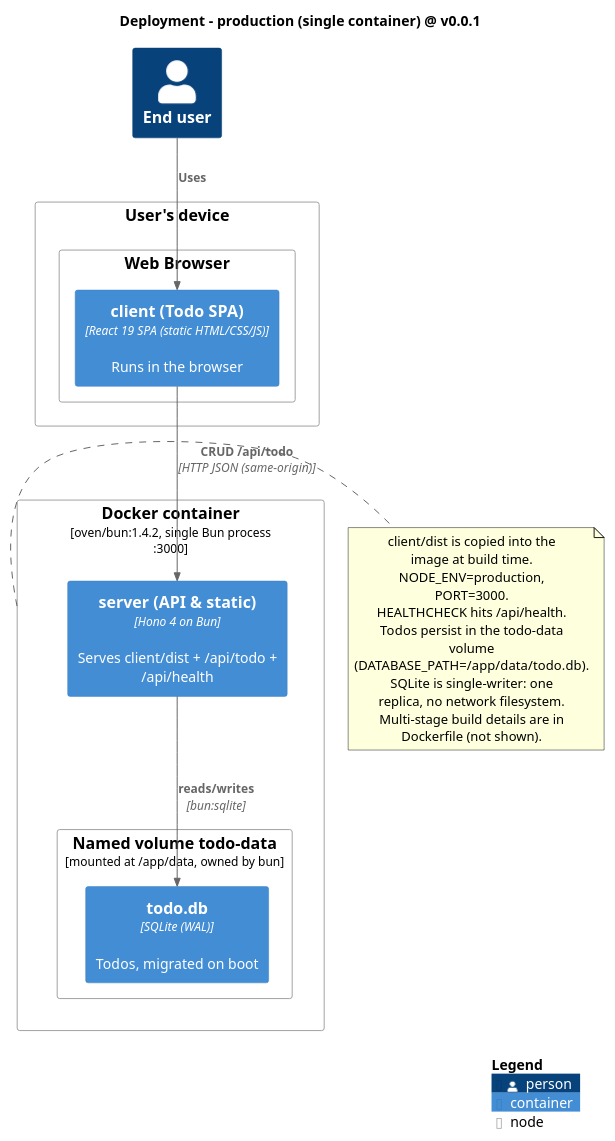
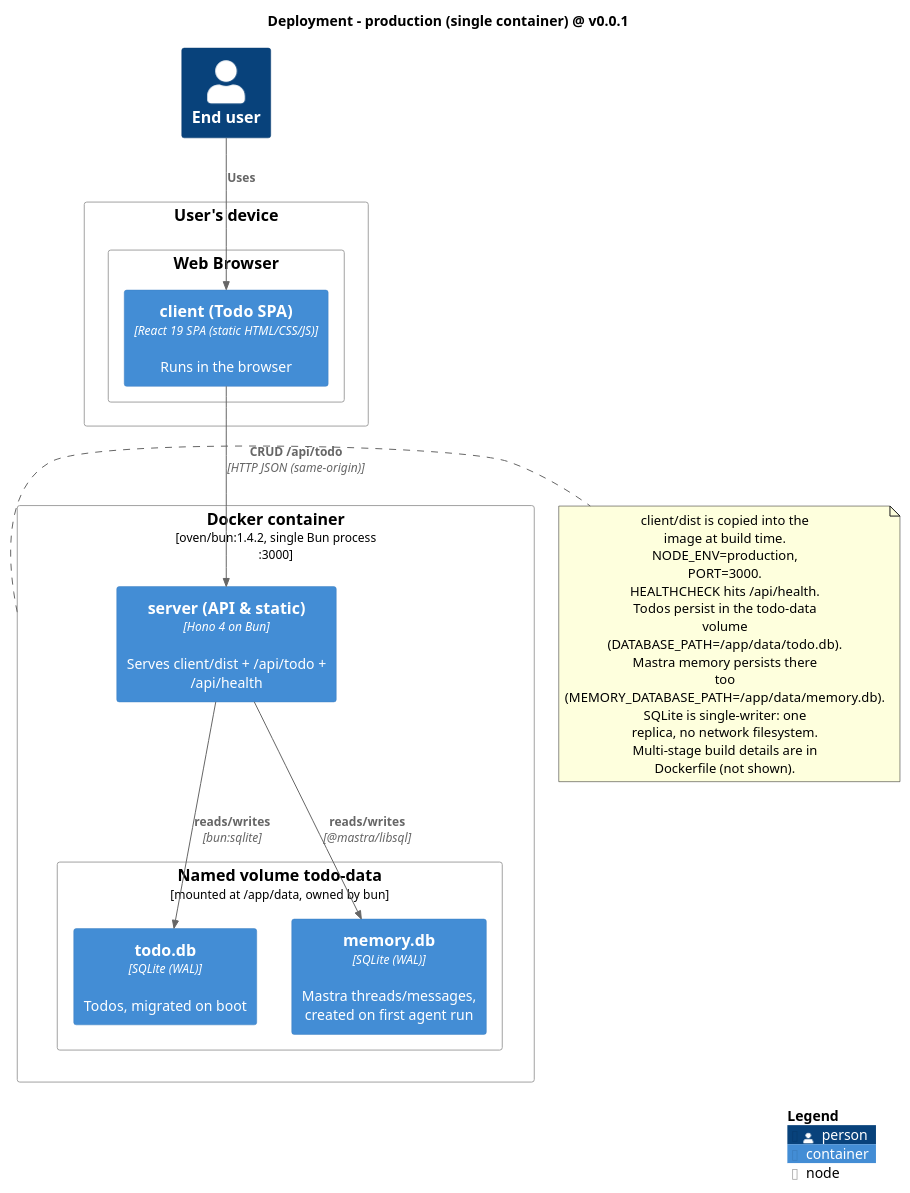
Before and after one commit to MemoryIt/todo: the diagram in docs/architecture/diagrams/06b-deployment-prod.puml, drawn with PlantUML. The commit also changed 5 other files, not shown here.

First line of the commit message:
docs(config): configure and document the Mastra memory database

```diff
--- a/docs/architecture/diagrams/06b-deployment-prod.puml
+++ b/docs/architecture/diagrams/06b-deployment-prod.puml
@@ -1,34 +1,37 @@
 @startuml
 !include <C4/C4_Deployment>
 title Deployment - production (single container) @ v0.0.1
 
 Person(user, "End user")
 
 Deployment_Node(userDevice, "User's device") {
   Deployment_Node(browser, "Web Browser") {
     Container(client, "client (Todo SPA)", "React 19 SPA (static HTML/CSS/JS)", "Runs in the browser")
   }
 }
 
 Deployment_Node(docker, "Docker container", "oven/bun:1.4.2, single Bun process :3000") {
   Container(server, "server (API & static)", "Hono 4 on Bun", "Serves client/dist + /api/todo + /api/health")
   Deployment_Node(volume, "Named volume todo-data", "mounted at /app/data, owned by bun") {
     Container(database, "todo.db", "SQLite (WAL)", "Todos, migrated on boot")
+    Container(memoryDatabase, "memory.db", "SQLite (WAL)", "Mastra threads/messages, created on first agent run")
   }
 }
 
 Rel(user, client, "Uses")
 Rel(client, server, "CRUD /api/todo", "HTTP JSON (same-origin)")
 Rel(server, database, "reads/writes", "bun:sqlite")
+Rel(server, memoryDatabase, "reads/writes", "@mastra/libsql")
 
 note right of docker
   client/dist is copied into the image at build time.
   NODE_ENV=production, PORT=3000.
   HEALTHCHECK hits /api/health.
   Todos persist in the todo-data volume (DATABASE_PATH=/app/data/todo.db).
+  Mastra memory persists there too (MEMORY_DATABASE_PATH=/app/data/memory.db).
   SQLite is single-writer: one replica, no network filesystem.
   Multi-stage build details are in Dockerfile (not shown).
 end note
 
 SHOW_LEGEND()
 @enduml
```
